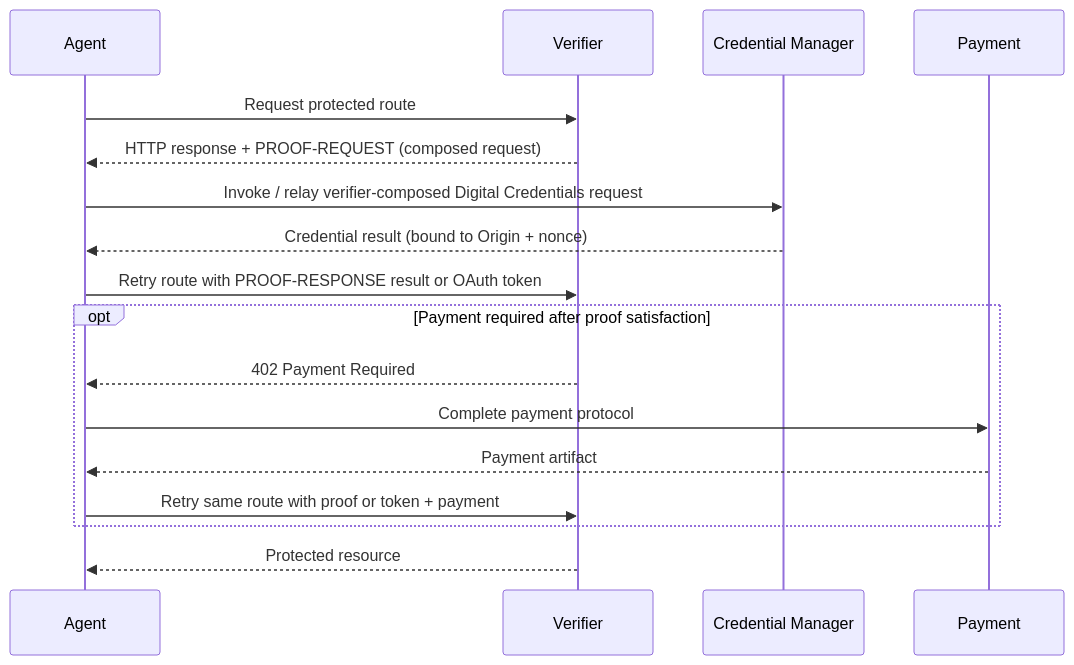
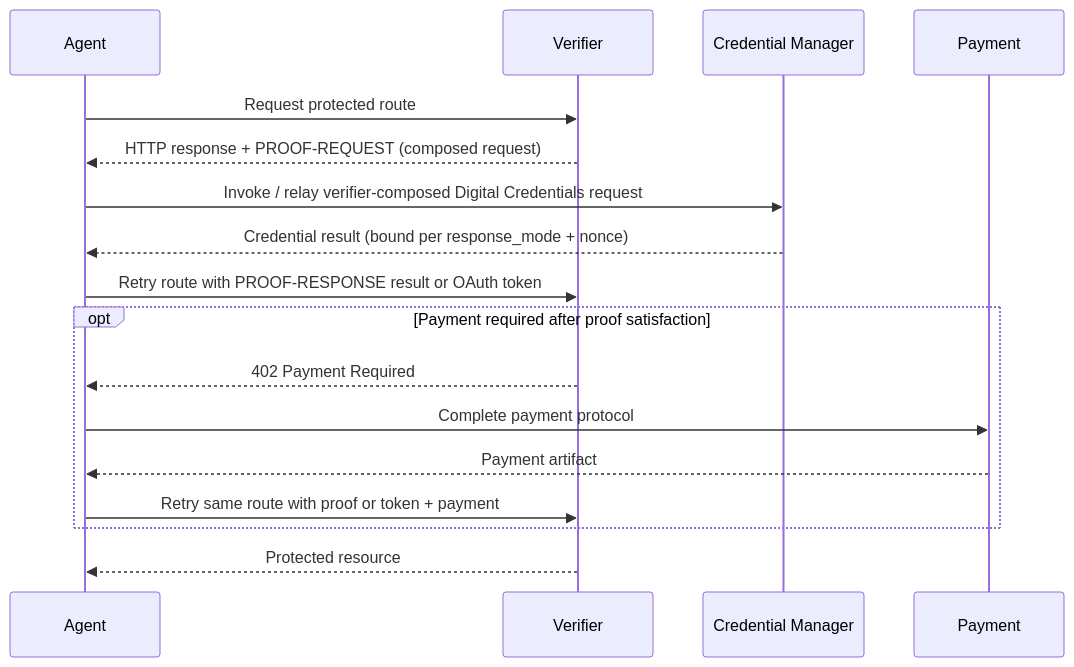
The first of 2 diagrams in spec.md (proof/x401), drawn with Mermaid before and after one commit. The commit also changed other lines of this file and 1 other file, not shown here.

First line of the commit message:
Shorten the origin and binding text per review

````diff
--- a/spec.md
+++ b/spec.md
@@ -239,19 +239,19 @@
 ```mermaid
 sequenceDiagram
     participant Agent
     participant Verifier
     participant CM as Credential Manager
     participant Payment
     Agent->>Verifier: Request protected route
     Verifier-->>Agent: HTTP response + PROOF-REQUEST (composed request)
     Agent->>CM: Invoke / relay verifier-composed Digital Credentials request
-    CM-->>Agent: Credential result (bound to Origin + nonce)
+    CM-->>Agent: Credential result (bound per response_mode + nonce)
     Agent->>Verifier: Retry route with PROOF-RESPONSE result or OAuth token
     opt Payment required after proof satisfaction
         Verifier-->>Agent: 402 Payment Required
         Agent->>Payment: Complete payment protocol
         Payment-->>Agent: Payment artifact
         Agent->>Verifier: Retry same route with proof or token + payment
     end
     Verifier-->>Agent: Protected resource
 ```
````
